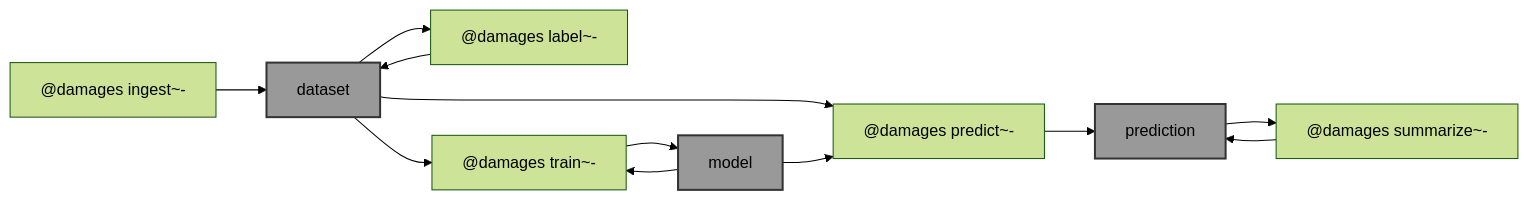
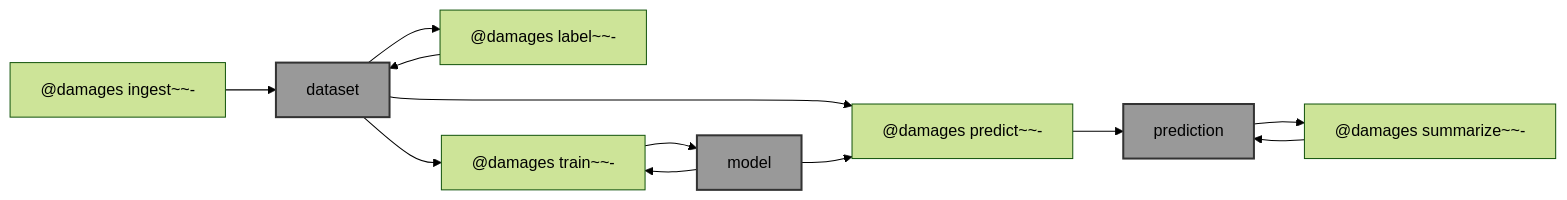
Before and after one commit to kamangir/blue-sandbox: the diagram in blue_sandbox/microsoft_building_damage_assessment/template.md, drawn with Mermaid (forest theme). The commit also changed 8 other files, not shown here.

````diff
--- a/blue_sandbox/microsoft_building_damage_assessment/template.md
+++ b/blue_sandbox/microsoft_building_damage_assessment/template.md
@@ -5,30 +5,30 @@
 ```mermaid
 graph LR
-    ingest["@damages ingest~- <dataset-object-name>"]
-    label["@damages label~- <dataset-object-name>"]
-    train["@damages train~- <dataset-object-name> <model-object-name>"]
-    predict["@damages predict~- <model-object-name> <dataset-object-name> <prediction-object-name>"]
-    summarize["@damages summarize~- <prediction-object-name>"]
+    ingest["@damages ingest~~- <dataset-object-name>"]
+    label["@damages label~~- <dataset-object-name>"]
+    train["@damages train~~- <dataset-object-name> <model-object-name>"]
+    predict["@damages predict~~- <model-object-name> <dataset-object-name> <prediction-object-name>"]
+    summarize["@damages summarize~~- <prediction-object-name>"]
 
     dataset["dataset"]:::folder
     model["model"]:::folder
     prediction["prediction"]:::folder
 
     ingest --> dataset
 
     dataset --> label
     label --> dataset
 
     dataset --> train
     model --> train
     train --> model
 
     dataset --> predict
     model --> predict
     predict --> prediction
 
     prediction --> summarize
     summarize --> prediction
 
     classDef folder fill:#999,stroke:#333,stroke-width:2px;
 ```
````
